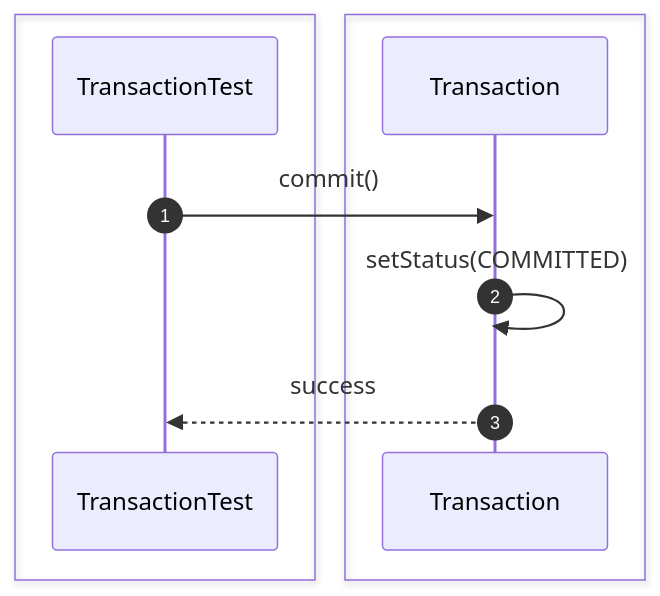
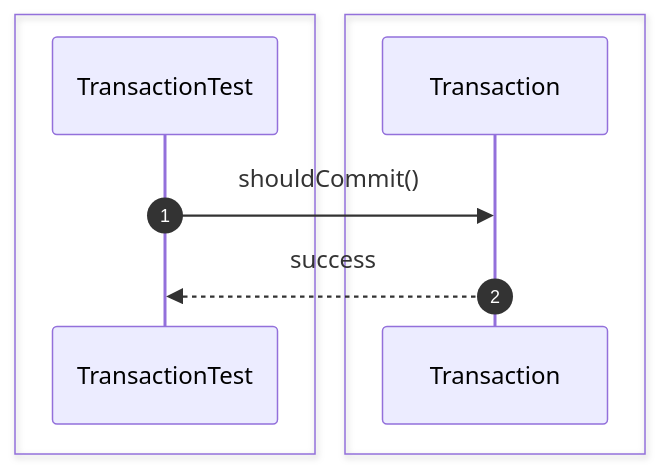
Before and after one commit to Huy1801214/dbms-architecture: diagram 14 of 54 in src/sequence/transaction.md, drawn with Mermaid. The commit also changed other lines of this file and 68 other files, not shown here.

Commit message:
implement comprehensive unit test suite and architectural sequence documentation

````diff
--- a/src/sequence/transaction.md
+++ b/src/sequence/transaction.md
@@ -237,15 +203,13 @@
 ```mermaid
 sequenceDiagram
     autonumber
-
     box #e1f5fe Test Suite
     participant Test as TransactionTest
     end
-    box #ffebee Transaction Components
-    participant Tx as Transaction
+    box #ffebee Transaction Component
+    participant T as Transaction
     end
 
-    Test->>Tx: commit()
-    Tx->>Tx: setStatus(COMMITTED)
-    Tx-->>Test: success
+    Test->>T: shouldCommit()
+    T-->>Test: success
 ```
````
